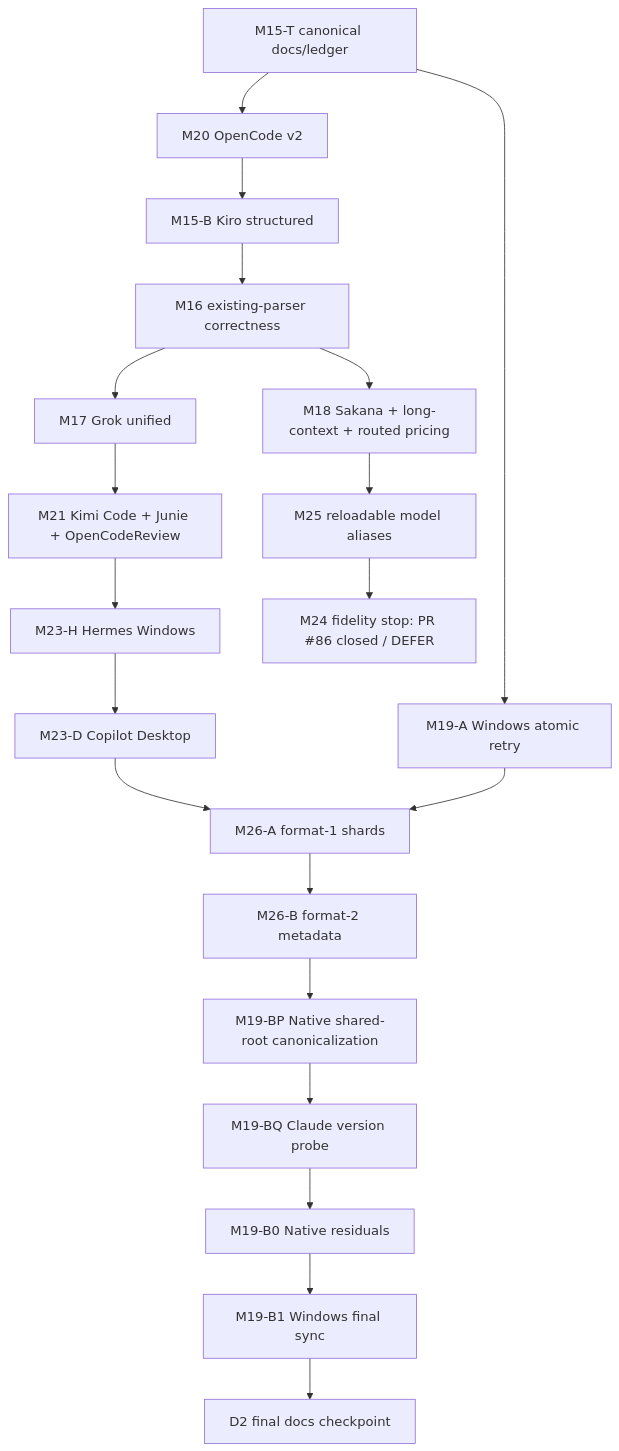
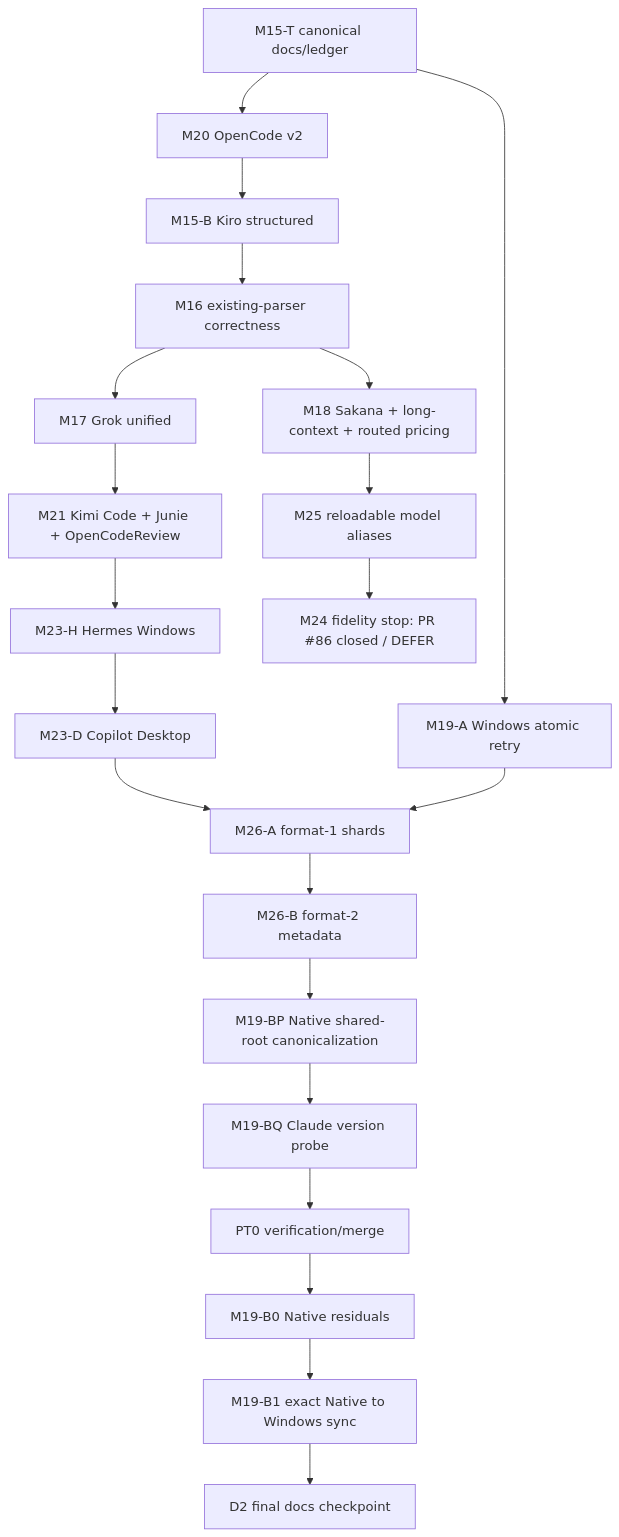
Before and after one commit to Agugu-official/TokenBar: the first of 2 diagrams in docs/knowledge/plans/tokscale-alignment.md, drawn with Mermaid. The commit also changed other lines of this file and 17 other files, not shown here.

````diff
--- a/docs/knowledge/plans/tokscale-alignment.md
+++ b/docs/knowledge/plans/tokscale-alignment.md
@@ -78,26 +79,27 @@
 ```mermaid
 flowchart TD
     T[M15-T canonical docs/ledger] --> O[M20 OpenCode v2]
     O --> K[M15-B Kiro structured]
     K --> C[M16 existing-parser correctness]
 
     C --> G[M17 Grok unified]
     G --> N1[M21 Kimi Code + Junie + OpenCodeReview]
     N1 --> H[M23-H Hermes Windows]
     H --> D[M23-D Copilot Desktop]
 
     C --> P[M18 Sakana + long-context + routed pricing]
     P --> A[M25 reloadable model aliases]
     A --> W[M24 fidelity stop: PR #86 closed / DEFER]
 
     T --> F[M19-A Windows atomic retry]
 
     D --> SA[M26-A format-1 shards]
     F --> SA
     SA --> SB[M26-B format-2 metadata]
     SB --> BP[M19-BP Native shared-root canonicalization]
     BP --> BQ[M19-BQ Claude version probe]
-    BQ --> W0[M19-B0 Native residuals]
-    W0 --> W1[M19-B1 Windows final sync]
+    BQ --> PT0[PT0 verification/merge]
+    PT0 --> W0[M19-B0 Native residuals]
+    W0 --> W1[M19-B1 exact Native to Windows sync]
     W1 --> D2[D2 final docs checkpoint]
 ```
````
